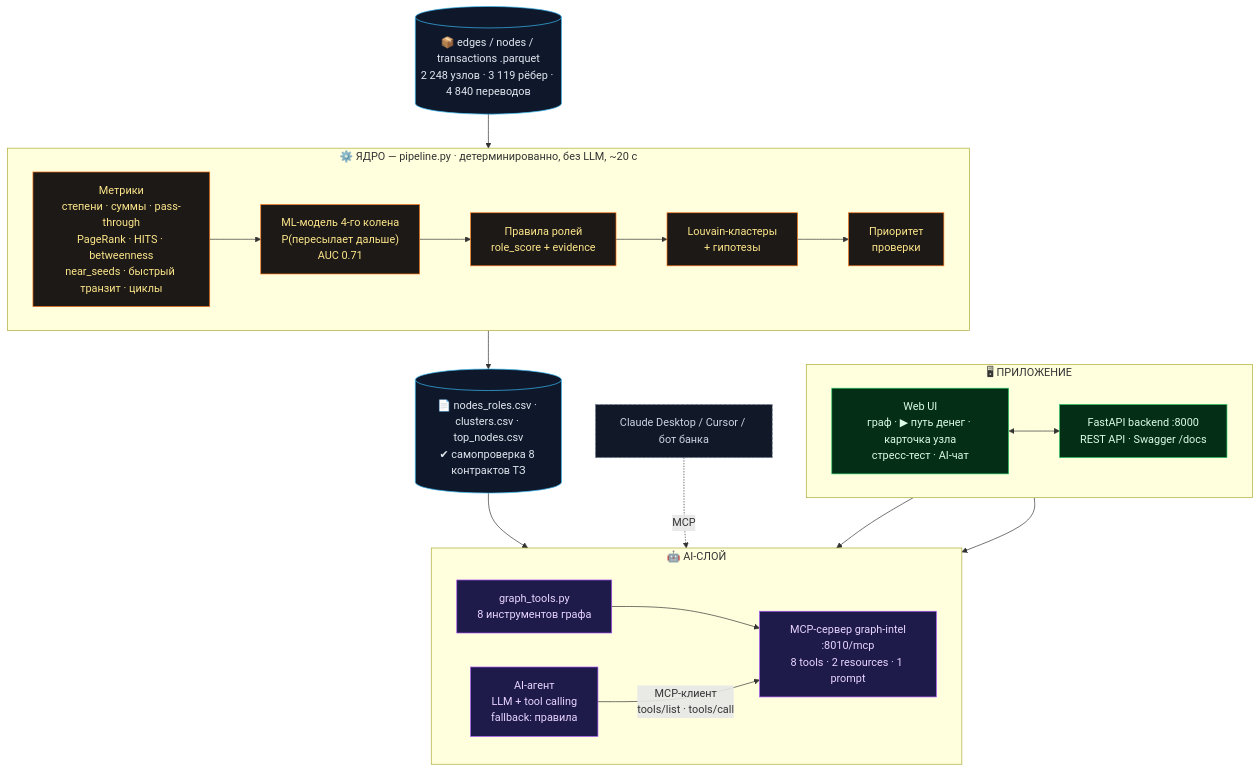
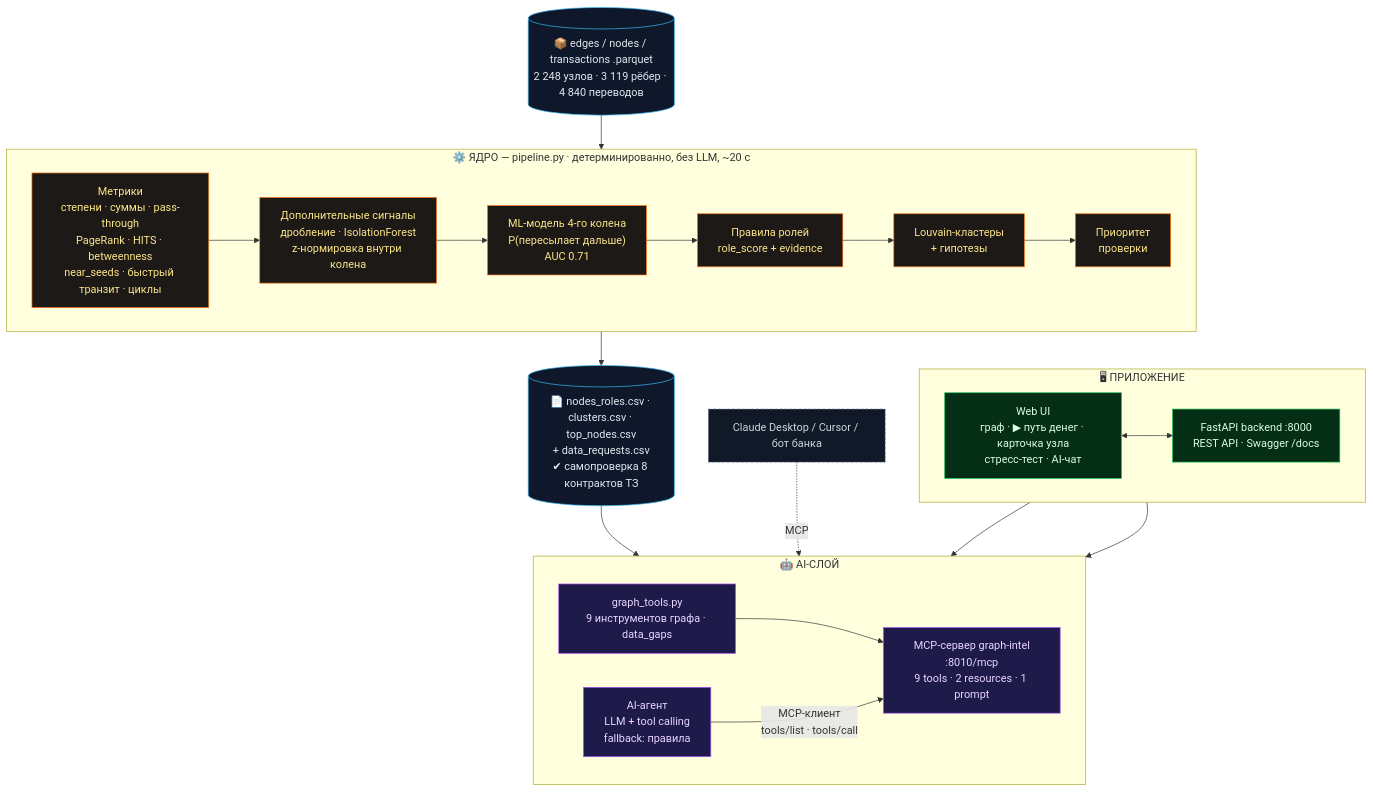
The diagram in docs/architecture.mmd (BAITC-Hacks/hack-4db729d3-sco-alasha), drawn with Mermaid before and after one commit. The commit also changed 17 other files, not shown here.

Commit message:
feat: anomalies, structuring, data-gap requests, explain.py, requirements map

```diff
--- a/docs/architecture.mmd
+++ b/docs/architecture.mmd
@@ -1,50 +1,51 @@
 flowchart TB
     P[("📦 edges / nodes / transactions .parquet<br/>2 248 узлов · 3 119 рёбер · 4 840 переводов")]
 
     subgraph CORE["⚙️ ЯДРО — pipeline.py · детерминированно, без LLM, ~20 с"]
         direction LR
         M["Метрики<br/>степени · суммы · pass-through<br/>PageRank · HITS · betweenness<br/>near_seeds · быстрый транзит · циклы"]
+        EX["Дополнительные сигналы<br/>дробление · IsolationForest<br/>z-нормировка внутри колена"]
         ML["ML-модель 4-го колена<br/>P(пересылает дальше)<br/>AUC 0.71"]
         R["Правила ролей<br/>role_score + evidence"]
         C["Louvain-кластеры<br/>+ гипотезы"]
         PR["Приоритет<br/>проверки"]
-        M --> ML --> R --> C --> PR
+        M --> EX --> ML --> R --> C --> PR
     end
 
-    O[("📄 nodes_roles.csv · clusters.csv · top_nodes.csv<br/>✔ самопроверка 8 контрактов ТЗ")]
+    O[("📄 nodes_roles.csv · clusters.csv · top_nodes.csv<br/>+ data_requests.csv<br/>✔ самопроверка 8 контрактов ТЗ")]
 
     subgraph AI["🤖 AI-СЛОЙ"]
         direction LR
-        T["graph_tools.py<br/>8 инструментов графа"]
-        MCP["MCP-сервер graph-intel<br/>:8010/mcp<br/>8 tools · 2 resources · 1 prompt"]
+        T["graph_tools.py<br/>9 инструментов графа · data_gaps"]
+        MCP["MCP-сервер graph-intel<br/>:8010/mcp<br/>9 tools · 2 resources · 1 prompt"]
         AG["AI-агент<br/>LLM + tool calling<br/>fallback: правила"]
         T --> MCP
         AG -- "MCP-клиент<br/>tools/list · tools/call" --> MCP
     end
 
     subgraph APP["🖥 ПРИЛОЖЕНИЕ"]
         direction LR
         UI["Web UI<br/>граф · ▶ путь денег · карточка узла<br/>стресс-тест · AI-чат"]
         API["FastAPI backend :8000<br/>REST API · Swagger /docs"]
         UI <--> API
     end
 
     EXT["Claude Desktop / Cursor / бот банка"]
 
     P --> CORE
     CORE --> O
     O --> T
     API --> T
     API --> AG
     EXT -. MCP .-> MCP
 
     classDef data fill:#0f172a,stroke:#38bdf8,color:#e2e8f0
     classDef core fill:#1c1917,stroke:#f97316,color:#fde68a
     classDef ai fill:#1e1b4b,stroke:#a855f7,color:#e9d5ff
     classDef app fill:#052e16,stroke:#22c55e,color:#dcfce7
     classDef ext fill:#111827,stroke:#64748b,color:#cbd5e1,stroke-dasharray:4 3
     class P,O data
-    class M,ML,R,C,PR core
+    class M,EX,ML,R,C,PR core
     class T,MCP,AG ai
     class API,UI app
     class EXT ext
```
